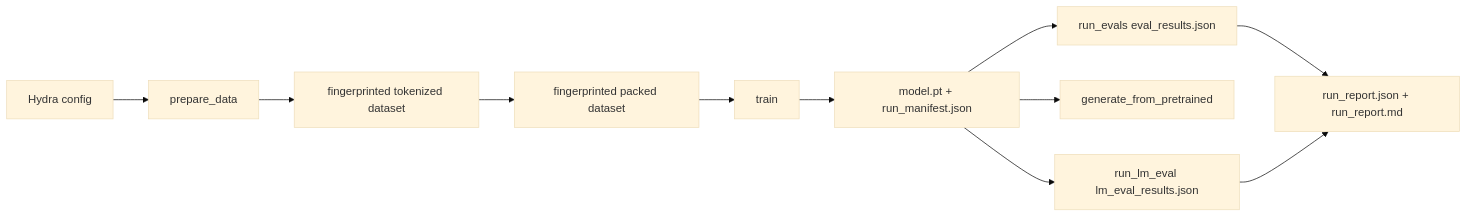
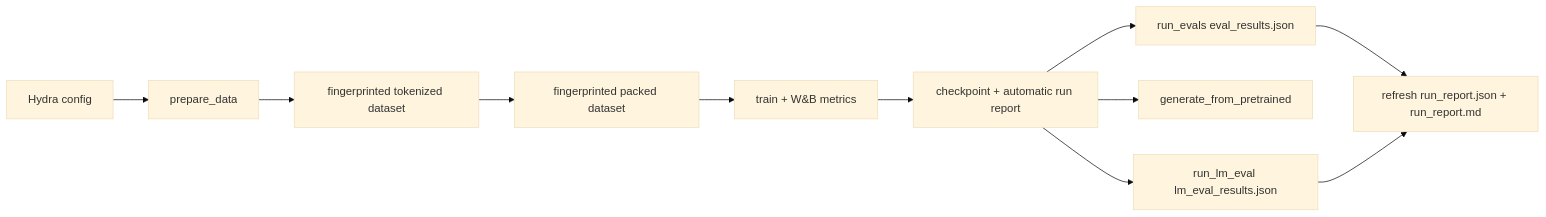
One commit to thajpo/ScaleTraining changed the diagram in README.md. Above: the diagram before and after it, drawn with Mermaid (base theme). The commit also changed other lines of this file and 26 other files, not shown here.

````diff
--- a/README.md
+++ b/README.md
@@ -53,13 +53,13 @@
 ```mermaid
 flowchart LR
     cfg["Hydra config"] --> prep["prepare_data"]
     prep --> tok["fingerprinted tokenized dataset"]
     tok --> pack["fingerprinted packed dataset"]
-    pack --> train["train"]
-    train --> ckpt["model.pt + run_manifest.json"]
+    pack --> train["train + W&B metrics"]
+    train --> ckpt["checkpoint + automatic run report"]
     ckpt --> ppl["run_evals eval_results.json"]
     ckpt --> gen["generate_from_pretrained"]
     ckpt --> bench["run_lm_eval lm_eval_results.json"]
-    ppl --> report["run_report.json + run_report.md"]
+    ppl --> report["refresh run_report.json + run_report.md"]
     bench --> report
 ```
````
